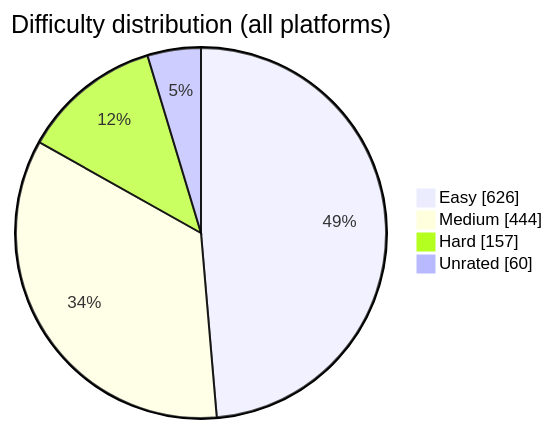
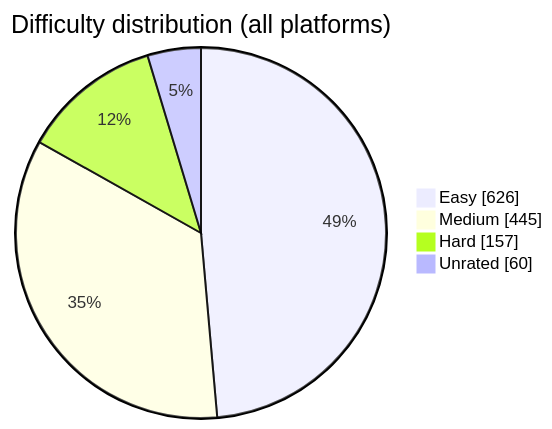
One commit to BuildbyArindam/Daily-Coding-Log changed the diagram in README.md. Above: the diagram before and after it, drawn with Mermaid. The commit also changed other lines of this file, not shown here.

````diff
--- a/README.md
+++ b/README.md
@@ -93,7 +93,7 @@
 ```mermaid
 pie showData title Difficulty distribution (all platforms)
     "Easy" : 626
-    "Medium" : 444
+    "Medium" : 445
     "Hard" : 157
     "Unrated" : 60
 ```
````
